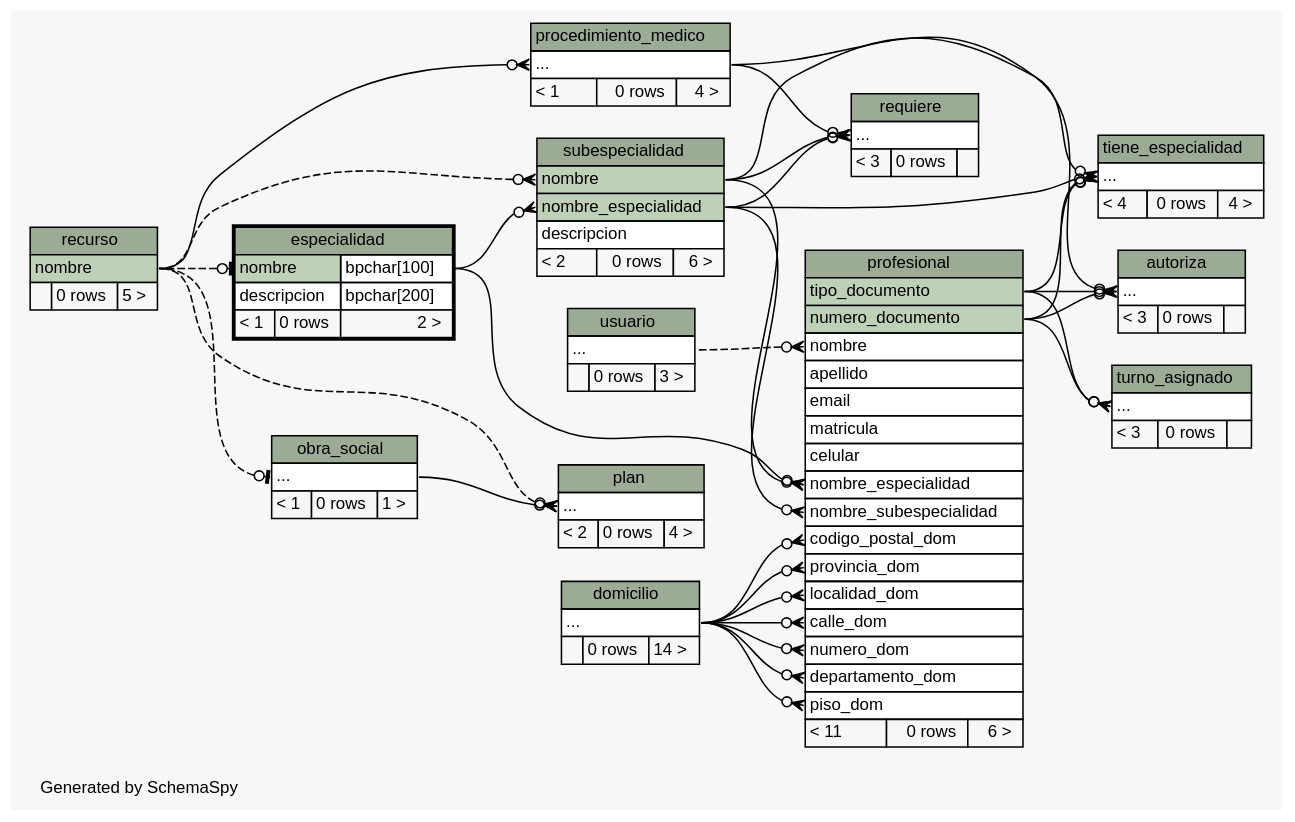
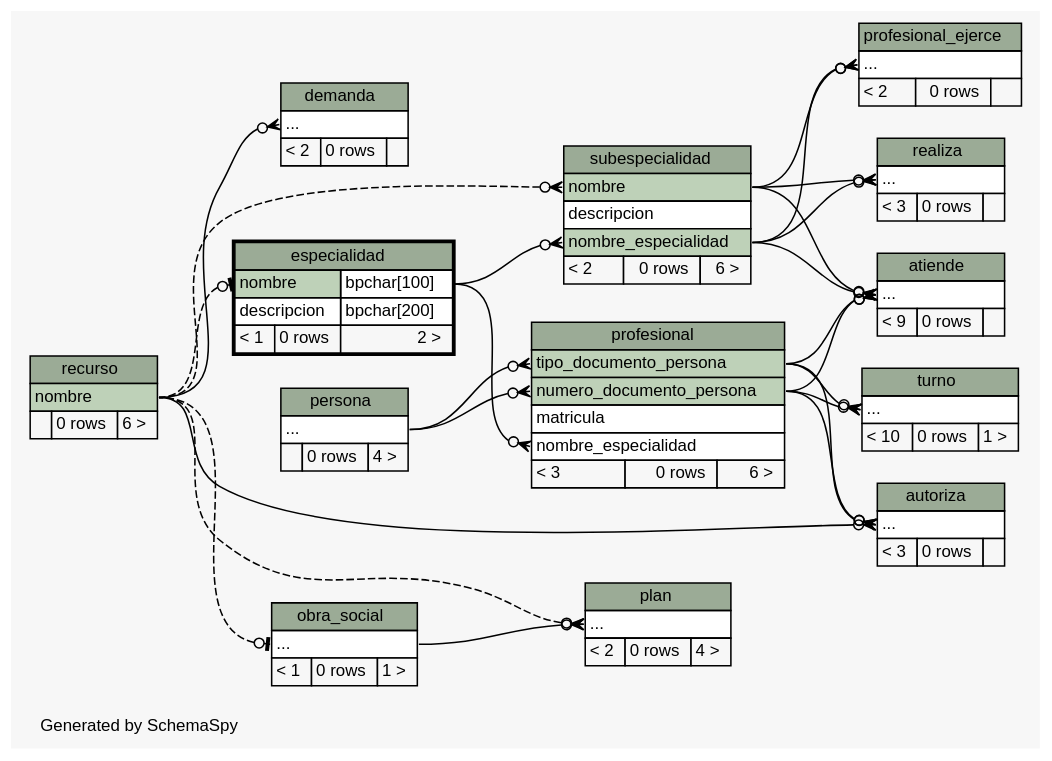
Before and after one commit to smpiano/bd-1cuat-2014-agenda-med: the diagram in tp1/build/schema/diagrams/especialidad.implied2degrees.dot, drawn with Graphviz. The commit also changed 165 other files, not shown here.

```diff
--- a/tp1/build/schema/diagrams/especialidad.implied2degrees.dot
+++ b/tp1/build/schema/diagrams/especialidad.implied2degrees.dot
@@ -19,36 +19,39 @@
   edge [
     arrowsize="0.8"
   ];
-  "autoriza":"elipses":w -> "procedimiento_medico":"elipses":e [arrowhead=none dir=back arrowtail=crowodot];
-  "autoriza":"elipses":w -> "profesional":"numero_documento":e [arrowhead=none dir=back arrowtail=crowodot];
-  "autoriza":"elipses":w -> "profesional":"tipo_documento":e [arrowhead=none dir=back arrowtail=crowodot];
+  "atiende":"elipses":w -> "subespecialidad":"nombre_especialidad":e [arrowhead=none dir=back arrowtail=crowodot];
+  "atiende":"elipses":w -> "subespecialidad":"nombre":e [arrowhead=none dir=back arrowtail=crowodot];
+  "atiende":"elipses":w -> "profesional":"numero_documento_persona":e [arrowhead=none dir=back arrowtail=crowodot];
+  "atiende":"elipses":w -> "profesional":"tipo_documento_persona":e [arrowhead=none dir=back arrowtail=crowodot];
+  "autoriza":"elipses":w -> "recurso":"nombre":e [arrowhead=none dir=back arrowtail=crowodot];
+  "autoriza":"elipses":w -> "profesional":"numero_documento_persona":e [arrowhead=none dir=back arrowtail=crowodot];
+  "autoriza":"elipses":w -> "profesional":"tipo_documento_persona":e [arrowhead=none dir=back arrowtail=crowodot];
+  "demanda":"elipses":w -> "recurso":"nombre":e [arrowhead=none dir=back arrowtail=crowodot];
   "especialidad":"nombre":w -> "recurso":"nombre":e [arrowhead=none dir=back arrowtail=teeodot style=dashed];
   "obra_social":"elipses":w -> "recurso":"nombre":e [arrowhead=none dir=back arrowtail=teeodot style=dashed];
   "plan":"elipses":w -> "recurso":"nombre":e [arrowhead=none dir=back arrowtail=crowodot style=dashed];
   "plan":"elipses":w -> "obra_social":"elipses":e [arrowhead=none dir=back arrowtail=crowodot];
-  "procedimiento_medico":"elipses":w -> "recurso":"nombre":e [arrowhead=none dir=back arrowtail=crowodot];
-  "profesional":"calle_dom":w -> "domicilio":"elipses":e [arrowhead=none dir=back arrowtail=crowodot];
-  "profesional":"codigo_postal_dom":w -> "domicilio":"elipses":e [arrowhead=none dir=back arrowtail=crowodot];
-  "profesional":"departamento_dom":w -> "domicilio":"elipses":e [arrowhead=none dir=back arrowtail=crowodot];
-  "profesional":"localidad_dom":w -> "domicilio":"elipses":e [arrowhead=none dir=back arrowtail=crowodot];
-  "profesional":"nombre":w -> "usuario":"elipses":e [arrowhead=none dir=back arrowtail=crowodot style=dashed];
   "profesional":"nombre_especialidad":w -> "especialidad":"nombre.type":e [arrowhead=none dir=back arrowtail=crowodot];
-  "profesional":"nombre_especialidad":w -> "subespecialidad":"nombre":e [arrowhead=none dir=back arrowtail=crowodot];
-  "profesional":"nombre_subespecialidad":w -> "subespecialidad":"nombre_especialidad":e [arrowhead=none dir=back arrowtail=crowodot];
-  "profesional":"numero_dom":w -> "domicilio":"elipses":e [arrowhead=none dir=back arrowtail=crowodot];
-  "profesional":"piso_dom":w -> "domicilio":"elipses":e [arrowhead=none dir=back arrowtail=crowodot];
-  "profesional":"provincia_dom":w -> "domicilio":"elipses":e [arrowhead=none dir=back arrowtail=crowodot];
-  "requiere":"elipses":w -> "procedimiento_medico":"elipses":e [arrowhead=none dir=back arrowtail=crowodot];
-  "requiere":"elipses":w -> "subespecialidad":"nombre":e [arrowhead=none dir=back arrowtail=crowodot];
-  "requiere":"elipses":w -> "subespecialidad":"nombre_especialidad":e [arrowhead=none dir=back arrowtail=crowodot];
+  "profesional":"numero_documento_persona":w -> "persona":"elipses":e [arrowhead=none dir=back arrowtail=crowodot];
+  "profesional":"tipo_documento_persona":w -> "persona":"elipses":e [arrowhead=none dir=back arrowtail=crowodot];
+  "profesional_ejerce":"elipses":w -> "subespecialidad":"nombre_especialidad":e [arrowhead=none dir=back arrowtail=crowodot];
+  "profesional_ejerce":"elipses":w -> "subespecialidad":"nombre":e [arrowhead=none dir=back arrowtail=crowodot];
+  "realiza":"elipses":w -> "subespecialidad":"nombre_especialidad":e [arrowhead=none dir=back arrowtail=crowodot];
+  "realiza":"elipses":w -> "subespecialidad":"nombre":e [arrowhead=none dir=back arrowtail=crowodot];
   "subespecialidad":"nombre":w -> "recurso":"nombre":e [arrowhead=none dir=back arrowtail=crowodot style=dashed];
   "subespecialidad":"nombre_especialidad":w -> "especialidad":"nombre.type":e [arrowhead=none dir=back arrowtail=crowodot];
-  "tiene_especialidad":"elipses":w -> "subespecialidad":"nombre":e [arrowhead=none dir=back arrowtail=crowodot];
-  "tiene_especialidad":"elipses":w -> "subespecialidad":"nombre_especialidad":e [arrowhead=none dir=back arrowtail=crowodot];
-  "tiene_especialidad":"elipses":w -> "profesional":"numero_documento":e [arrowhead=none dir=back arrowtail=crowodot];
-  "tiene_especialidad":"elipses":w -> "profesional":"tipo_documento":e [arrowhead=none dir=back arrowtail=crowodot];
-  "turno_asignado":"elipses":w -> "profesional":"numero_documento":e [arrowhead=none dir=back arrowtail=crowodot];
-  "turno_asignado":"elipses":w -> "profesional":"tipo_documento":e [arrowhead=none dir=back arrowtail=crowodot];
+  "turno":"elipses":w -> "profesional":"numero_documento_persona":e [arrowhead=none dir=back arrowtail=crowodot];
+  "turno":"elipses":w -> "profesional":"tipo_documento_persona":e [arrowhead=none dir=back arrowtail=crowodot];
+  "atiende" [
+    label=<
+    <TABLE BORDER="0" CELLBORDER="1" CELLSPACING="0" BGCOLOR="#ffffff">
+      <TR><TD COLSPAN="3" BGCOLOR="#9bab96" ALIGN="CENTER">atiende</TD></TR>
+      <TR><TD PORT="elipses" COLSPAN="3" ALIGN="LEFT">...</TD></TR>
+      <TR><TD ALIGN="LEFT" BGCOLOR="#f7f7f7">&lt; 9</TD><TD ALIGN="RIGHT" BGCOLOR="#f7f7f7">0 rows</TD><TD ALIGN="RIGHT" BGCOLOR="#f7f7f7">  </TD></TR>
+    </TABLE>>
+    URL="atiende.html"
+    tooltip="atiende"
+  ];
   "autoriza" [
     label=<
     <TABLE BORDER="0" CELLBORDER="1" CELLSPACING="0" BGCOLOR="#ffffff">
@@ -59,15 +62,15 @@
     URL="autoriza.html"
     tooltip="autoriza"
   ];
-  "domicilio" [
+  "demanda" [
     label=<
     <TABLE BORDER="0" CELLBORDER="1" CELLSPACING="0" BGCOLOR="#ffffff">
-      <TR><TD COLSPAN="3" BGCOLOR="#9bab96" ALIGN="CENTER">domicilio</TD></TR>
+      <TR><TD COLSPAN="3" BGCOLOR="#9bab96" ALIGN="CENTER">demanda</TD></TR>
       <TR><TD PORT="elipses" COLSPAN="3" ALIGN="LEFT">...</TD></TR>
-      <TR><TD ALIGN="LEFT" BGCOLOR="#f7f7f7">  </TD><TD ALIGN="RIGHT" BGCOLOR="#f7f7f7">0 rows</TD><TD ALIGN="RIGHT" BGCOLOR="#f7f7f7">14 &gt;</TD></TR>
+      <TR><TD ALIGN="LEFT" BGCOLOR="#f7f7f7">&lt; 2</TD><TD ALIGN="RIGHT" BGCOLOR="#f7f7f7">0 rows</TD><TD ALIGN="RIGHT" BGCOLOR="#f7f7f7">  </TD></TR>
     </TABLE>>
-    URL="domicilio.html"
-    tooltip="domicilio"
+    URL="demanda.html"
+    tooltip="demanda"
   ];
   "especialidad" [
     label=<
@@ -90,6 +93,16 @@
     URL="obra_social.html"
     tooltip="obra_social"
   ];
+  "persona" [
+    label=<
+    <TABLE BORDER="0" CELLBORDER="1" CELLSPACING="0" BGCOLOR="#ffffff">
+      <TR><TD COLSPAN="3" BGCOLOR="#9bab96" ALIGN="CENTER">persona</TD></TR>
+      <TR><TD PORT="elipses" COLSPAN="3" ALIGN="LEFT">...</TD></TR>
+      <TR><TD ALIGN="LEFT" BGCOLOR="#f7f7f7">  </TD><TD ALIGN="RIGHT" BGCOLOR="#f7f7f7">0 rows</TD><TD ALIGN="RIGHT" BGCOLOR="#f7f7f7">4 &gt;</TD></TR>
+    </TABLE>>
+    URL="persona.html"
+    tooltip="persona"
+  ];
   "plan" [
     label=<
     <TABLE BORDER="0" CELLBORDER="1" CELLSPACING="0" BGCOLOR="#ffffff">
@@ -100,101 +113,69 @@
     URL="plan.html"
     tooltip="plan"
   ];
-  "procedimiento_medico" [
-    label=<
-    <TABLE BORDER="0" CELLBORDER="1" CELLSPACING="0" BGCOLOR="#ffffff">
-      <TR><TD COLSPAN="3" BGCOLOR="#9bab96" ALIGN="CENTER">procedimiento_medico</TD></TR>
-      <TR><TD PORT="elipses" COLSPAN="3" ALIGN="LEFT">...</TD></TR>
-      <TR><TD ALIGN="LEFT" BGCOLOR="#f7f7f7">&lt; 1</TD><TD ALIGN="RIGHT" BGCOLOR="#f7f7f7">0 rows</TD><TD ALIGN="RIGHT" BGCOLOR="#f7f7f7">4 &gt;</TD></TR>
-    </TABLE>>
-    URL="procedimiento_medico.html"
-    tooltip="procedimiento_medico"
-  ];
   "profesional" [
     label=<
     <TABLE BORDER="0" CELLBORDER="1" CELLSPACING="0" BGCOLOR="#ffffff">
       <TR><TD COLSPAN="3" BGCOLOR="#9bab96" ALIGN="CENTER">profesional</TD></TR>
-      <TR><TD PORT="tipo_documento" COLSPAN="3" BGCOLOR="#bed1b8" ALIGN="LEFT">tipo_documento</TD></TR>
-      <TR><TD PORT="numero_documento" COLSPAN="3" BGCOLOR="#bed1b8" ALIGN="LEFT">numero_documento</TD></TR>
-      <TR><TD PORT="nombre" COLSPAN="3" ALIGN="LEFT">nombre</TD></TR>
-      <TR><TD PORT="apellido" COLSPAN="3" ALIGN="LEFT">apellido</TD></TR>
-      <TR><TD PORT="email" COLSPAN="3" ALIGN="LEFT">email</TD></TR>
+      <TR><TD PORT="tipo_documento_persona" COLSPAN="3" BGCOLOR="#bed1b8" ALIGN="LEFT">tipo_documento_persona</TD></TR>
+      <TR><TD PORT="numero_documento_persona" COLSPAN="3" BGCOLOR="#bed1b8" ALIGN="LEFT">numero_documento_persona</TD></TR>
       <TR><TD PORT="matricula" COLSPAN="3" ALIGN="LEFT">matricula</TD></TR>
-      <TR><TD PORT="celular" COLSPAN="3" ALIGN="LEFT">celular</TD></TR>
       <TR><TD PORT="nombre_especialidad" COLSPAN="3" ALIGN="LEFT">nombre_especialidad</TD></TR>
-      <TR><TD PORT="nombre_subespecialidad" COLSPAN="3" ALIGN="LEFT">nombre_subespecialidad</TD></TR>
-      <TR><TD PORT="codigo_postal_dom" COLSPAN="3" ALIGN="LEFT">codigo_postal_dom</TD></TR>
-      <TR><TD PORT="provincia_dom" COLSPAN="3" ALIGN="LEFT">provincia_dom</TD></TR>
-      <TR><TD PORT="localidad_dom" COLSPAN="3" ALIGN="LEFT">localidad_dom</TD></TR>
-      <TR><TD PORT="calle_dom" COLSPAN="3" ALIGN="LEFT">calle_dom</TD></TR>
-      <TR><TD PORT="numero_dom" COLSPAN="3" ALIGN="LEFT">numero_dom</TD></TR>
-      <TR><TD PORT="departamento_dom" COLSPAN="3" ALIGN="LEFT">departamento_dom</TD></TR>
-      <TR><TD PORT="piso_dom" COLSPAN="3" ALIGN="LEFT">piso_dom</TD></TR>
-      <TR><TD ALIGN="LEFT" BGCOLOR="#f7f7f7">&lt; 11</TD><TD ALIGN="RIGHT" BGCOLOR="#f7f7f7">0 rows</TD><TD ALIGN="RIGHT" BGCOLOR="#f7f7f7">6 &gt;</TD></TR>
+      <TR><TD ALIGN="LEFT" BGCOLOR="#f7f7f7">&lt; 3</TD><TD ALIGN="RIGHT" BGCOLOR="#f7f7f7">0 rows</TD><TD ALIGN="RIGHT" BGCOLOR="#f7f7f7">6 &gt;</TD></TR>
     </TABLE>>
     URL="profesional.html"
     tooltip="profesional"
+  ];
+  "profesional_ejerce" [
+    label=<
+    <TABLE BORDER="0" CELLBORDER="1" CELLSPACING="0" BGCOLOR="#ffffff">
+      <TR><TD COLSPAN="3" BGCOLOR="#9bab96" ALIGN="CENTER">profesional_ejerce</TD></TR>
+      <TR><TD PORT="elipses" COLSPAN="3" ALIGN="LEFT">...</TD></TR>
+      <TR><TD ALIGN="LEFT" BGCOLOR="#f7f7f7">&lt; 2</TD><TD ALIGN="RIGHT" BGCOLOR="#f7f7f7">0 rows</TD><TD ALIGN="RIGHT" BGCOLOR="#f7f7f7">  </TD></TR>
+    </TABLE>>
+    URL="profesional_ejerce.html"
+    tooltip="profesional_ejerce"
+  ];
+  "realiza" [
+    label=<
+    <TABLE BORDER="0" CELLBORDER="1" CELLSPACING="0" BGCOLOR="#ffffff">
+      <TR><TD COLSPAN="3" BGCOLOR="#9bab96" ALIGN="CENTER">realiza</TD></TR>
+      <TR><TD PORT="elipses" COLSPAN="3" ALIGN="LEFT">...</TD></TR>
+      <TR><TD ALIGN="LEFT" BGCOLOR="#f7f7f7">&lt; 3</TD><TD ALIGN="RIGHT" BGCOLOR="#f7f7f7">0 rows</TD><TD ALIGN="RIGHT" BGCOLOR="#f7f7f7">  </TD></TR>
+    </TABLE>>
+    URL="realiza.html"
+    tooltip="realiza"
   ];
   "recurso" [
     label=<
     <TABLE BORDER="0" CELLBORDER="1" CELLSPACING="0" BGCOLOR="#ffffff">
       <TR><TD COLSPAN="3" BGCOLOR="#9bab96" ALIGN="CENTER">recurso</TD></TR>
       <TR><TD PORT="nombre" COLSPAN="3" BGCOLOR="#bed1b8" ALIGN="LEFT">nombre</TD></TR>
-      <TR><TD ALIGN="LEFT" BGCOLOR="#f7f7f7">  </TD><TD ALIGN="RIGHT" BGCOLOR="#f7f7f7">0 rows</TD><TD ALIGN="RIGHT" BGCOLOR="#f7f7f7">5 &gt;</TD></TR>
+      <TR><TD ALIGN="LEFT" BGCOLOR="#f7f7f7">  </TD><TD ALIGN="RIGHT" BGCOLOR="#f7f7f7">0 rows</TD><TD ALIGN="RIGHT" BGCOLOR="#f7f7f7">6 &gt;</TD></TR>
     </TABLE>>
     URL="recurso.html"
     tooltip="recurso"
-  ];
-  "requiere" [
-    label=<
-    <TABLE BORDER="0" CELLBORDER="1" CELLSPACING="0" BGCOLOR="#ffffff">
-      <TR><TD COLSPAN="3" BGCOLOR="#9bab96" ALIGN="CENTER">requiere</TD></TR>
-      <TR><TD PORT="elipses" COLSPAN="3" ALIGN="LEFT">...</TD></TR>
-      <TR><TD ALIGN="LEFT" BGCOLOR="#f7f7f7">&lt; 3</TD><TD ALIGN="RIGHT" BGCOLOR="#f7f7f7">0 rows</TD><TD ALIGN="RIGHT" BGCOLOR="#f7f7f7">  </TD></TR>
-    </TABLE>>
-    URL="requiere.html"
-    tooltip="requiere"
   ];
   "subespecialidad" [
     label=<
     <TABLE BORDER="0" CELLBORDER="1" CELLSPACING="0" BGCOLOR="#ffffff">
       <TR><TD COLSPAN="3" BGCOLOR="#9bab96" ALIGN="CENTER">subespecialidad</TD></TR>
       <TR><TD PORT="nombre" COLSPAN="3" BGCOLOR="#bed1b8" ALIGN="LEFT">nombre</TD></TR>
+      <TR><TD PORT="descripcion" COLSPAN="3" ALIGN="LEFT">descripcion</TD></TR>
       <TR><TD PORT="nombre_especialidad" COLSPAN="3" BGCOLOR="#bed1b8" ALIGN="LEFT">nombre_especialidad</TD></TR>
-      <TR><TD PORT="descripcion" COLSPAN="3" ALIGN="LEFT">descripcion</TD></TR>
       <TR><TD ALIGN="LEFT" BGCOLOR="#f7f7f7">&lt; 2</TD><TD ALIGN="RIGHT" BGCOLOR="#f7f7f7">0 rows</TD><TD ALIGN="RIGHT" BGCOLOR="#f7f7f7">6 &gt;</TD></TR>
     </TABLE>>
     URL="subespecialidad.html"
     tooltip="subespecialidad"
   ];
-  "tiene_especialidad" [
+  "turno" [
     label=<
     <TABLE BORDER="0" CELLBORDER="1" CELLSPACING="0" BGCOLOR="#ffffff">
-      <TR><TD COLSPAN="3" BGCOLOR="#9bab96" ALIGN="CENTER">tiene_especialidad</TD></TR>
+      <TR><TD COLSPAN="3" BGCOLOR="#9bab96" ALIGN="CENTER">turno</TD></TR>
       <TR><TD PORT="elipses" COLSPAN="3" ALIGN="LEFT">...</TD></TR>
-      <TR><TD ALIGN="LEFT" BGCOLOR="#f7f7f7">&lt; 4</TD><TD ALIGN="RIGHT" BGCOLOR="#f7f7f7">0 rows</TD><TD ALIGN="RIGHT" BGCOLOR="#f7f7f7">4 &gt;</TD></TR>
+      <TR><TD ALIGN="LEFT" BGCOLOR="#f7f7f7">&lt; 10</TD><TD ALIGN="RIGHT" BGCOLOR="#f7f7f7">0 rows</TD><TD ALIGN="RIGHT" BGCOLOR="#f7f7f7">1 &gt;</TD></TR>
     </TABLE>>
-    URL="tiene_especialidad.html"
-    tooltip="tiene_especialidad"
-  ];
-  "turno_asignado" [
-    label=<
-    <TABLE BORDER="0" CELLBORDER="1" CELLSPACING="0" BGCOLOR="#ffffff">
-      <TR><TD COLSPAN="3" BGCOLOR="#9bab96" ALIGN="CENTER">turno_asignado</TD></TR>
-      <TR><TD PORT="elipses" COLSPAN="3" ALIGN="LEFT">...</TD></TR>
-      <TR><TD ALIGN="LEFT" BGCOLOR="#f7f7f7">&lt; 3</TD><TD ALIGN="RIGHT" BGCOLOR="#f7f7f7">0 rows</TD><TD ALIGN="RIGHT" BGCOLOR="#f7f7f7">  </TD></TR>
-    </TABLE>>
-    URL="turno_asignado.html"
-    tooltip="turno_asignado"
-  ];
-  "usuario" [
-    label=<
-    <TABLE BORDER="0" CELLBORDER="1" CELLSPACING="0" BGCOLOR="#ffffff">
-      <TR><TD COLSPAN="3" BGCOLOR="#9bab96" ALIGN="CENTER">usuario</TD></TR>
-      <TR><TD PORT="elipses" COLSPAN="3" ALIGN="LEFT">...</TD></TR>
-      <TR><TD ALIGN="LEFT" BGCOLOR="#f7f7f7">  </TD><TD ALIGN="RIGHT" BGCOLOR="#f7f7f7">0 rows</TD><TD ALIGN="RIGHT" BGCOLOR="#f7f7f7">3 &gt;</TD></TR>
-    </TABLE>>
-    URL="usuario.html"
-    tooltip="usuario"
+    URL="turno.html"
+    tooltip="turno"
   ];
 }
```
